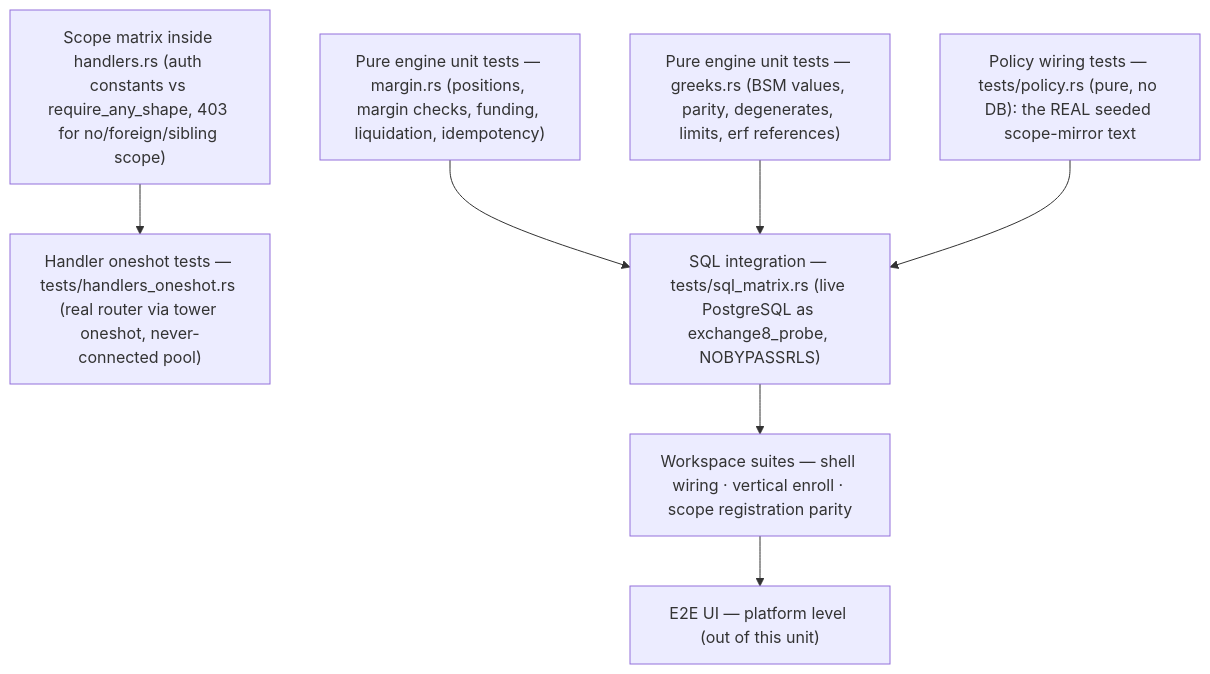
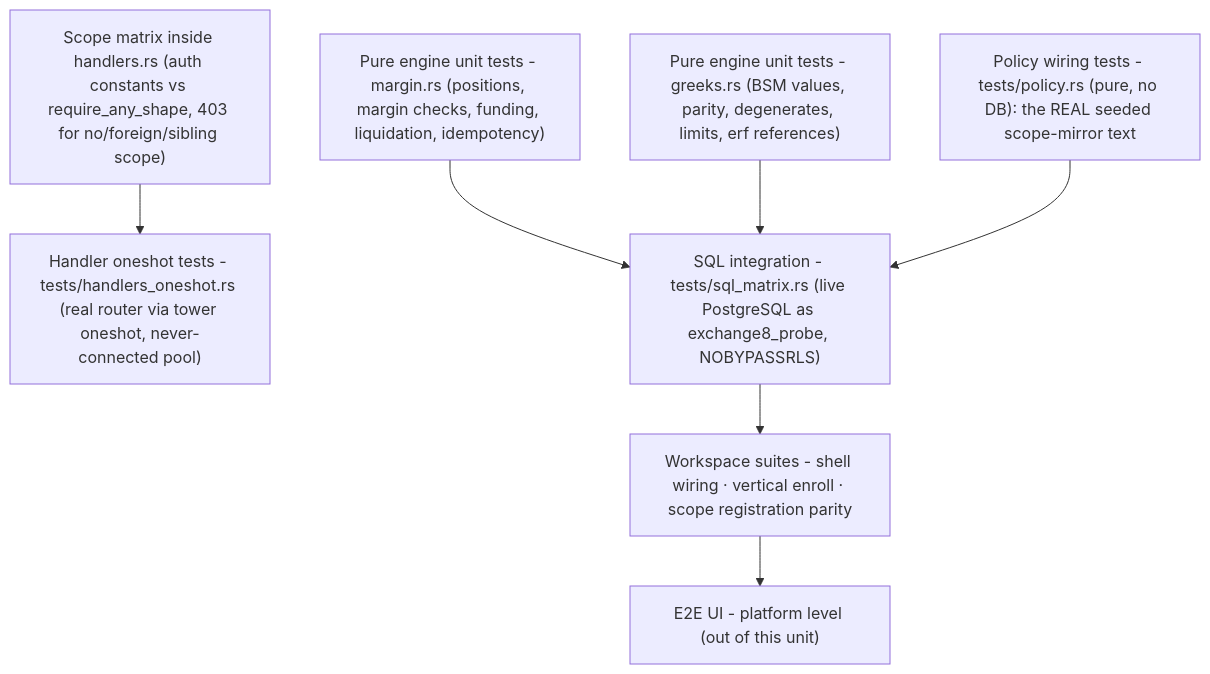
Before and after one commit to Exchange8-dev/exchange8-margin: diagram 17 of 17 in DESIGN.md, drawn with Mermaid. The commit also changed other lines of this file and 19 other files, not shown here.

````diff
--- a/DESIGN.md
+++ b/DESIGN.md
@@ -846,17 +846,17 @@
 ```mermaid
 graph TD
-    U1["Pure engine unit tests — margin.rs (positions, margin checks, funding, liquidation, idempotency)"]
-    U2["Pure engine unit tests — greeks.rs (BSM values, parity, degenerates, limits, erf references)"]
-    U3["Pure engine unit tests — expiry.rs (CRR convergence, early exercise, expiry cash/physical, idempotent settle)"]
-    P["Policy wiring tests — tests/policy.rs (pure, no DB): the REAL seeded scope-mirror text"]
-    H["Handler oneshot tests — tests/handlers_oneshot.rs (real router via tower oneshot, never-connected pool)"]
-    S["SQL integration — tests/sql_matrix.rs (live PostgreSQL as exchange8_probe, NOBYPASSRLS)"]
-    G["Workspace suites — shell wiring · vertical enroll · scope registration parity"]
-    E2E["E2E UI — platform level (out of this unit)"]
+    U1["Pure engine unit tests - margin.rs (positions, margin checks, funding, liquidation, idempotency)"]
+    U2["Pure engine unit tests - greeks.rs (BSM values, parity, degenerates, limits, erf references)"]
+    U3["Pure engine unit tests - expiry.rs (CRR convergence, early exercise, expiry cash/physical, idempotent settle)"]
+    P["Policy wiring tests - tests/policy.rs (pure, no DB): the REAL seeded scope-mirror text"]
+    H["Handler oneshot tests - tests/handlers_oneshot.rs (real router via tower oneshot, never-connected pool)"]
+    S["SQL integration - tests/sql_matrix.rs (live PostgreSQL as exchange8_probe, NOBYPASSRLS)"]
+    G["Workspace suites - shell wiring · vertical enroll · scope registration parity"]
+    E2E["E2E UI - platform level (out of this unit)"]
     U1 --> S
     U2 --> S
     U3["Scope matrix inside handlers.rs (auth constants vs require_any_shape, 403 for no/foreign/sibling scope)"] --> H
     P --> S
     S --> G
     G --> E2E
 ```
````
